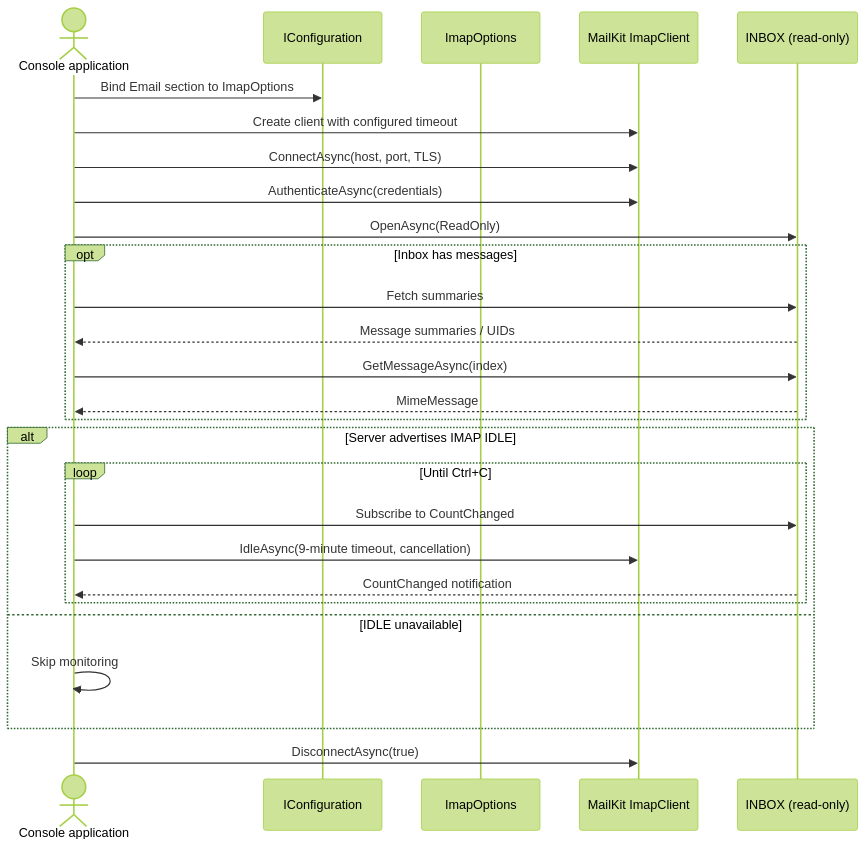
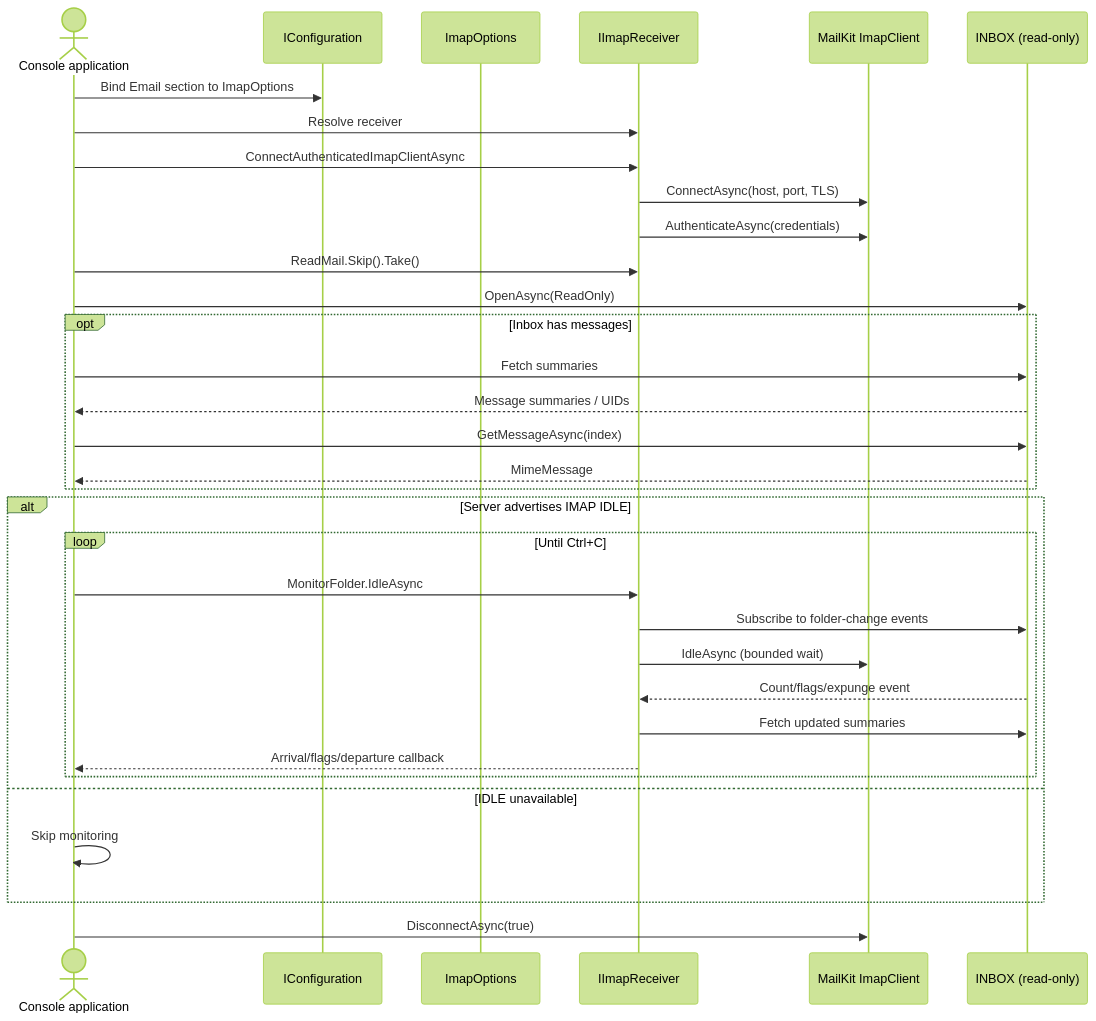
Before and after one commit to danzuep/Zuemail: the third of 3 diagrams in docs/architecture.md, drawn with Mermaid (forest theme). The commit also changed other lines of this file and 20 other files, not shown here.

Commit message:
Add MailKit IMAP receiver and folder services

````diff
--- a/docs/architecture.md
+++ b/docs/architecture.md
@@ -54,30 +54,36 @@
 ```mermaid
 sequenceDiagram
     actor App as Console application
     participant Config as IConfiguration
     participant Options as ImapOptions
+    participant Receiver as IImapReceiver
     participant Client as MailKit ImapClient
     participant Inbox as INBOX (read-only)
 
     App->>Config: Bind Email section to ImapOptions
-    App->>Client: Create client with configured timeout
-    App->>Client: ConnectAsync(host, port, TLS)
-    App->>Client: AuthenticateAsync(credentials)
+    App->>Receiver: Resolve receiver
+    App->>Receiver: ConnectAuthenticatedImapClientAsync
+    Receiver->>Client: ConnectAsync(host, port, TLS)
+    Receiver->>Client: AuthenticateAsync(credentials)
+    App->>Receiver: ReadMail.Skip().Take()
     App->>Inbox: OpenAsync(ReadOnly)
     opt Inbox has messages
         App->>Inbox: Fetch summaries
         Inbox-->>App: Message summaries / UIDs
         App->>Inbox: GetMessageAsync(index)
         Inbox-->>App: MimeMessage
     end
     alt Server advertises IMAP IDLE
         loop Until Ctrl+C
-            App->>Inbox: Subscribe to CountChanged
-            App->>Client: IdleAsync(9-minute timeout, cancellation)
-            Inbox-->>App: CountChanged notification
+            App->>Receiver: MonitorFolder.IdleAsync
+            Receiver->>Inbox: Subscribe to folder-change events
+            Receiver->>Client: IdleAsync (bounded wait)
+            Inbox-->>Receiver: Count/flags/expunge event
+            Receiver->>Inbox: Fetch updated summaries
+            Receiver-->>App: Arrival/flags/departure callback
         end
     else IDLE unavailable
         App->>App: Skip monitoring
     end
     App->>Client: DisconnectAsync(true)
 ```
````
